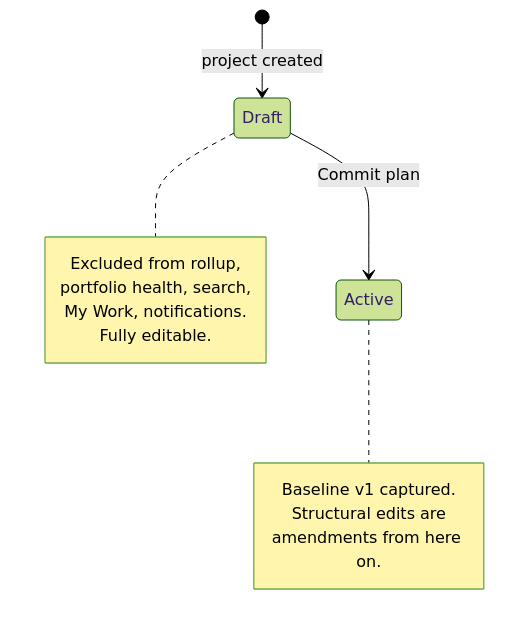
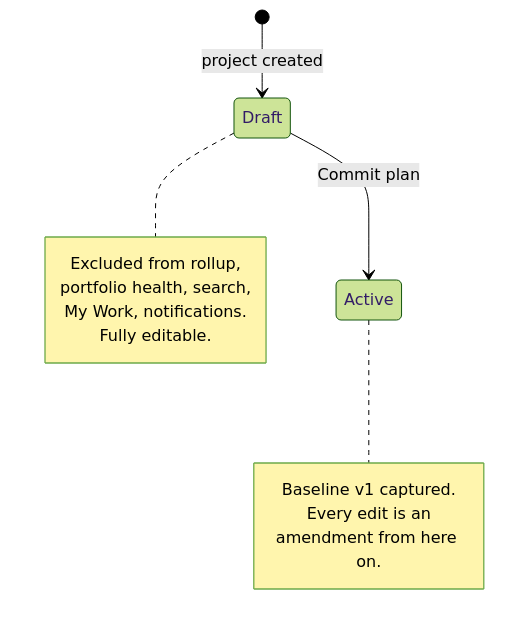
One commit to TruePPM/trueppm changed the diagram in packages/website/src/content/docs/features/baselines.md. Above: the diagram before and after it, drawn with Mermaid (forest theme). The commit also changed other lines of this file and 5 other files, not shown here.

````diff
--- a/packages/website/src/content/docs/features/baselines.md
+++ b/packages/website/src/content/docs/features/baselines.md
@@ -30,16 +30,16 @@
 ```mermaid
 stateDiagram-v2
     [*] --> Draft: project created
     Draft --> Active: Commit plan
     note right of Draft
         Excluded from rollup,
         portfolio health, search,
         My Work, notifications.
         Fully editable.
     end note
     note right of Active
         Baseline v1 captured.
-        Structural edits are
-        amendments from here on.
+        Every edit is an
+        amendment from here on.
     end note
 ```
````
